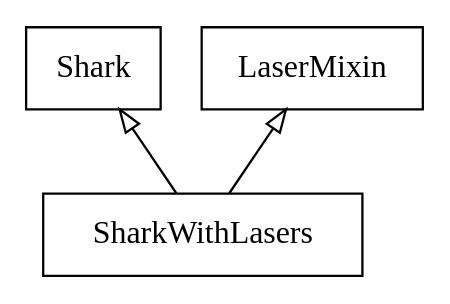
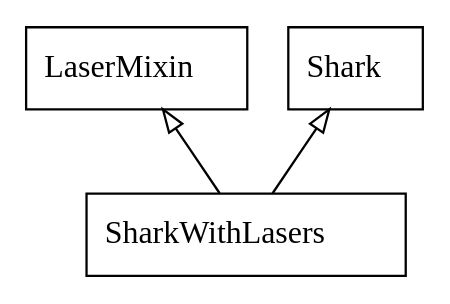
One commit to slinkp/inheritance_talk changed the diagram in samples/shark_inherit_1.py.dot. Above: the diagram before and after it, drawn with Graphviz. The commit also changed 15 other files, not shown here.

```diff
--- a/samples/shark_inherit_1.py.dot
+++ b/samples/shark_inherit_1.py.dot
@@ -1,9 +1,9 @@
-digraph "classes_No_Name" {
+digraph "classes" {
+rankdir=BT
 charset="utf-8"
-rankdir=BT
-"2" [label="Shark", shape="record"];
-"3" [label="SharkWithLasers", shape="record"];
-"4" [label="LaserMixin", shape="record"];
-"3" -> "2" [arrowhead="empty", arrowtail="none"];
-"3" -> "4" [arrowhead="empty", arrowtail="none"];
+"shark_inherit_1.LaserMixin" [color="black", fontcolor="black", label=<LaserMixin>, shape="record", style="solid"];
+"shark_inherit_1.Shark" [color="black", fontcolor="black", label=<Shark>, shape="record", style="solid"];
+"shark_inherit_1.SharkWithLasers" [color="black", fontcolor="black", label=<SharkWithLasers>, shape="record", style="solid"];
+"shark_inherit_1.SharkWithLasers" -> "shark_inherit_1.LaserMixin" [arrowhead="empty", arrowtail="none"];
+"shark_inherit_1.SharkWithLasers" -> "shark_inherit_1.Shark" [arrowhead="empty", arrowtail="none"];
 }
```
